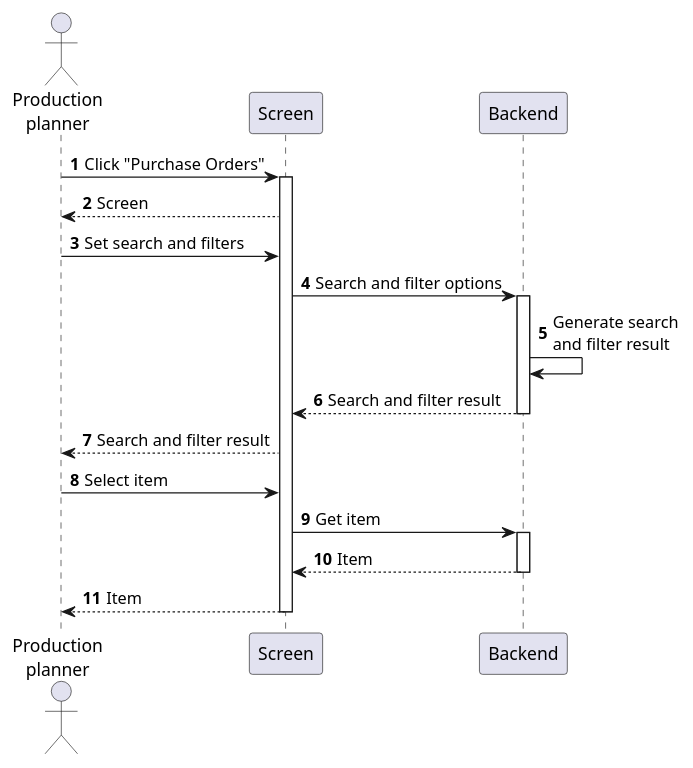
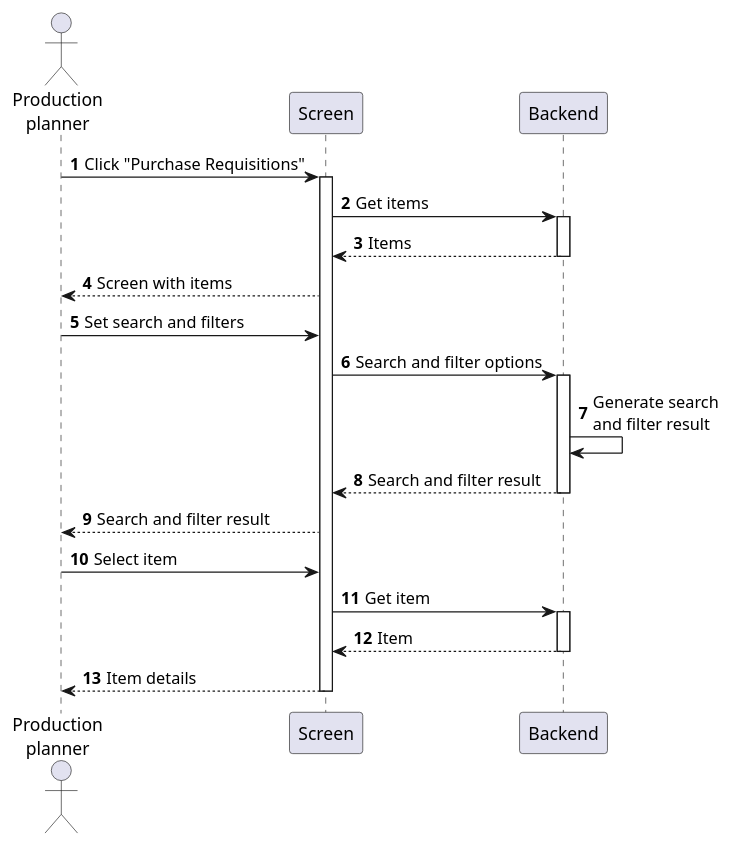
The diagram in sequences/purchase-requisition-view.plantuml (phihungha/scmss-reqs), drawn with PlantUML before and after one commit. The commit also changed 7 other files, not shown here.

Commit message:
Sequence diagrams for procurement and user manage use cases

```diff
--- a/sequences/purchase-requisition-view.plantuml
+++ b/sequences/purchase-requisition-view.plantuml
@@ -1,22 +1,25 @@
 @startuml purchase-requisition-view
 autonumber
 
 actor "Production\nplanner" as a
 participant Screen as f
 participant Backend as b
 
-a -> f : Click "Purchase Orders"
+a -> f : Click "Purchase Requisitions"
 activate f
-f --> a : Screen
+f -> b : Get items
+activate b
+return Items
+f --> a : Screen with items
 a -> f : Set search and filters
 f -> b : Search and filter options
 activate b
 b -> b : Generate search\nand filter result
 return Search and filter result
 f --> a : Search and filter result
 a -> f : Select item
 f -> b : Get item
 activate b
 return Item
-return Item
+return Item details
 @enduml
```
